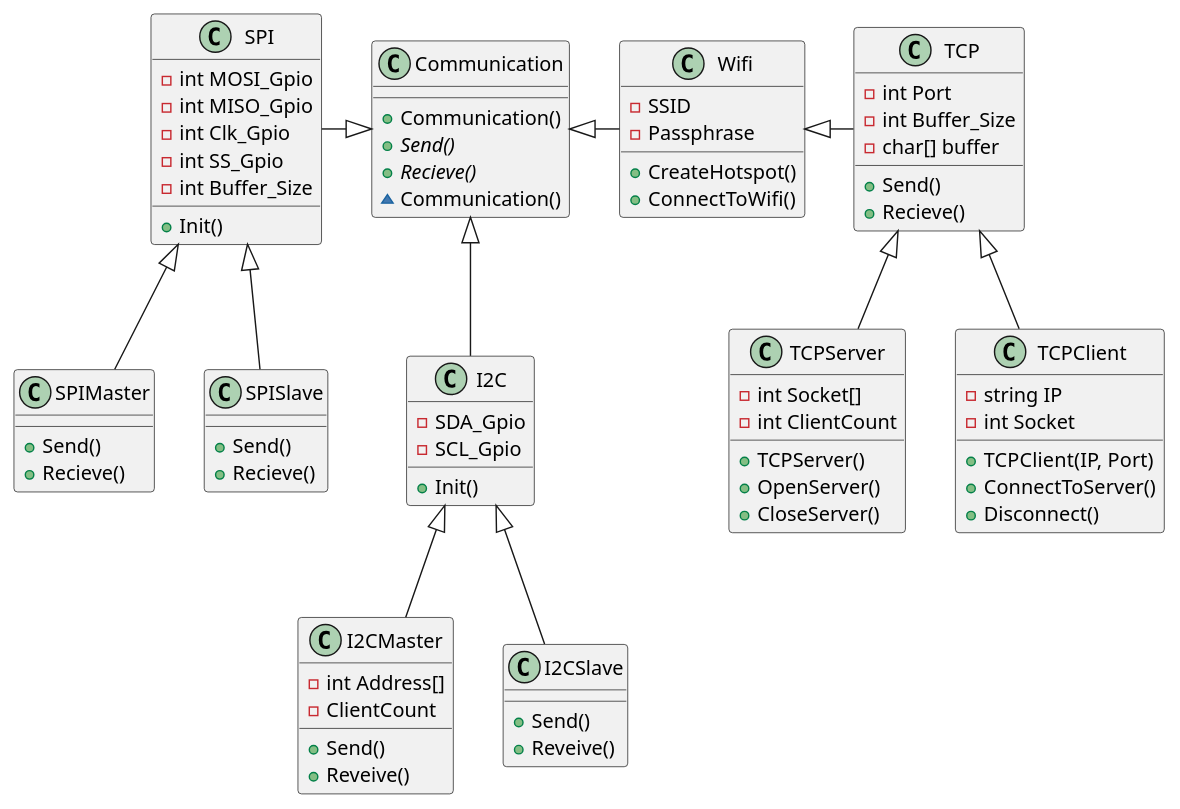
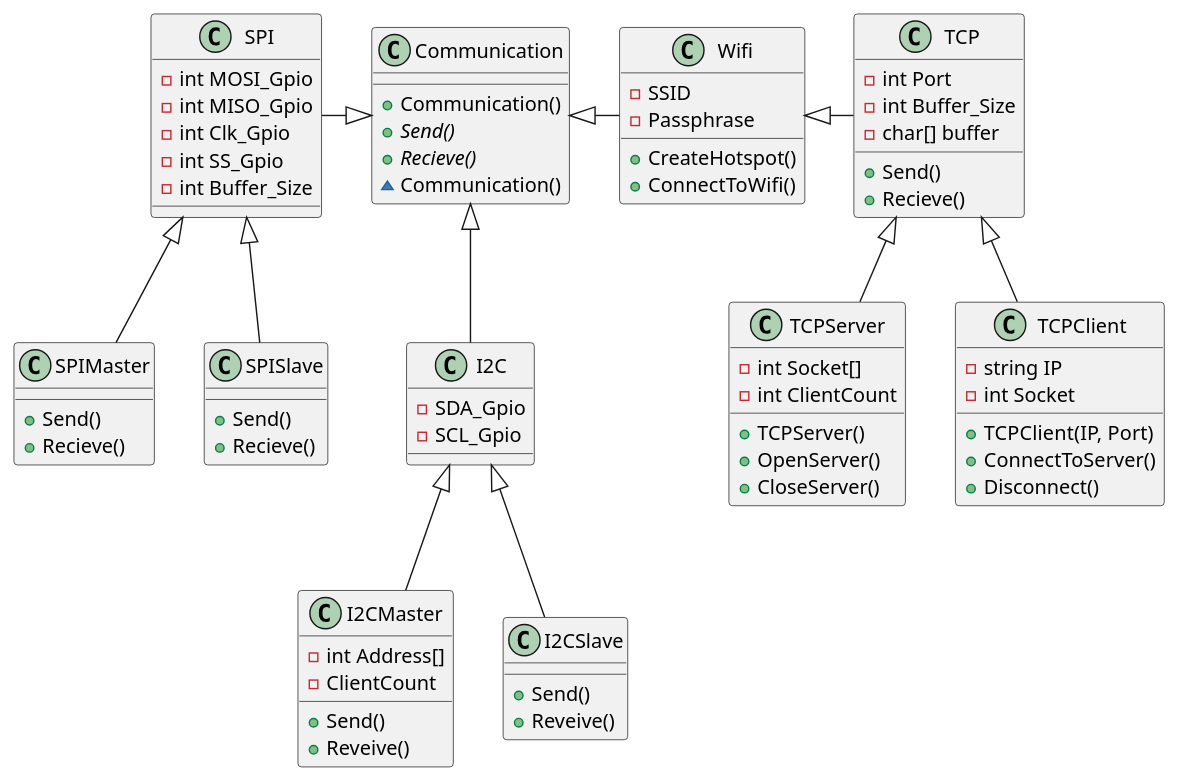
Before and after one commit to Solvgraa-mager/E3PRJ3: the diagram in Diagrammer/Robo_Sumo_Battle/Communication/ComClass.plantuml, drawn with PlantUML. The commit also changed 1 other file, not shown here.

```diff
--- a/Diagrammer/Robo_Sumo_Battle/Communication/ComClass.plantuml
+++ b/Diagrammer/Robo_Sumo_Battle/Communication/ComClass.plantuml
@@ -1,79 +1,76 @@
 @startuml
 class Communication{
     +Communication() 
     +Send() {abstract}
     +Recieve() {abstract}
     ~Communication()
 }
 class Wifi{
     +CreateHotspot()
     +ConnectToWifi()
     -SSID
     -Passphrase
 }
 class TCP{
     +Send() 
     +Recieve()
     -int Port
     -int Buffer_Size
     -char[] buffer
 }
 class TCPClient{
     +TCPClient(IP, Port)
     +ConnectToServer()
     +Disconnect()
     -string IP
     -int Socket
 }
 class TCPServer{
     +TCPServer()
     +OpenServer()
     +CloseServer()
     -int Socket[]
     -int ClientCount
 }
 Class SPI{
-    +Init()
     -int MOSI_Gpio
     -int MISO_Gpio
     -int Clk_Gpio
     -int SS_Gpio
     -int Buffer_Size
 }
 Class SPIMaster{
     +Send()
     +Recieve()
 }
 Class SPISlave{
     +Send()
     +Recieve()
 }
 class I2C{
-    +Init()
     -SDA_Gpio
     -SCL_Gpio
 }
 class I2CMaster{
     +Send()
     +Reveive()
     -int Address[]
     -ClientCount
-
 }
 class I2CSlave{
     +Send()
     +Reveive()
 }
 
 Communication <|- Wifi
 Wifi <|- TCP
 SPI -|> Communication
 TCP <|-- TCPClient
 TCP <|--TCPServer
 SPI <|--SPIMaster
 SPI <|--SPISlave
 Communication <|--I2C
 I2C <|-- I2CMaster
 I2C <|-- I2CSlave
 
 @enduml
```
